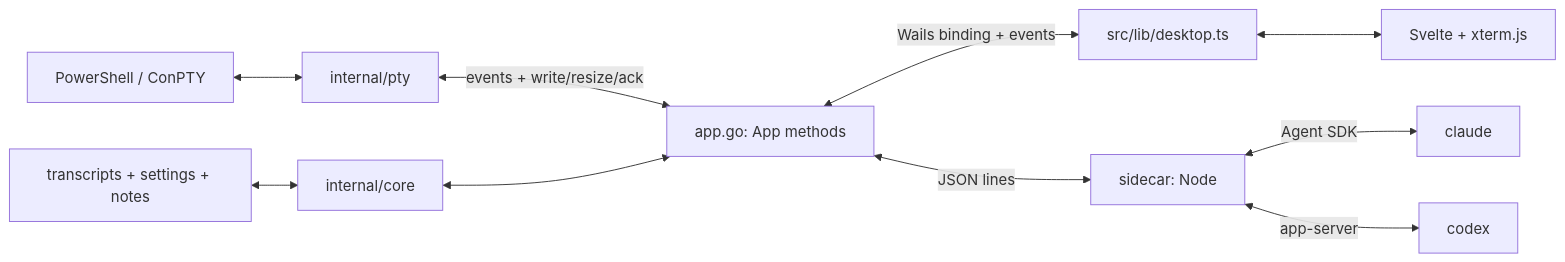
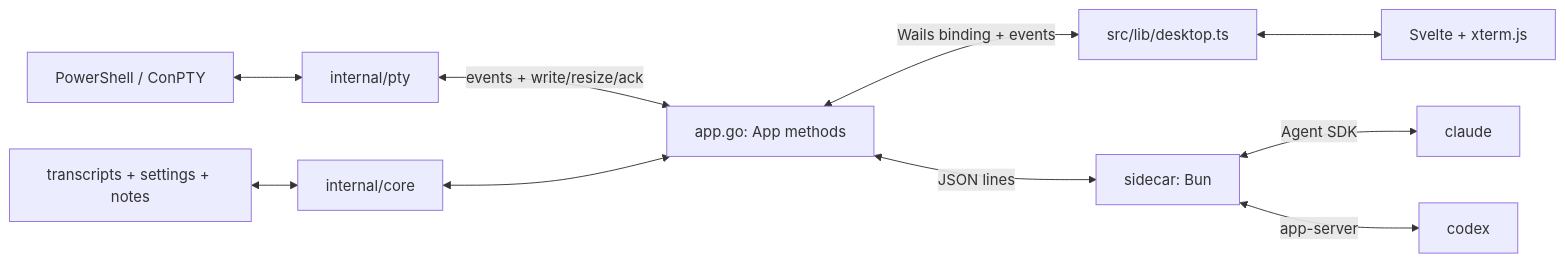
The diagram in ARCHITECTURE.md (arghya2801/agent-terminal-control), drawn with Mermaid before and after one commit. The commit also changed other lines of this file and 29 other files, not shown here.

````diff
--- a/ARCHITECTURE.md
+++ b/ARCHITECTURE.md
@@ -12,12 +12,12 @@
 ```mermaid
 graph LR
   Shell[PowerShell / ConPTY] <--> PTY[internal/pty]
   PTY <-->|events + write/resize/ack| App[app.go: App methods]
   Files[transcripts + settings + notes] <--> Core[internal/core]
   Core <--> App
   App <-->|Wails binding + events| Transport[src/lib/desktop.ts]
   Transport <--> UI[Svelte + xterm.js]
-  App <-->|JSON lines| Sidecar[sidecar: Node]
+  App <-->|JSON lines| Sidecar[sidecar: Bun]
   Sidecar <-->|Agent SDK| Claude[claude]
   Sidecar <-->|app-server| Codex[codex]
 ```
````
